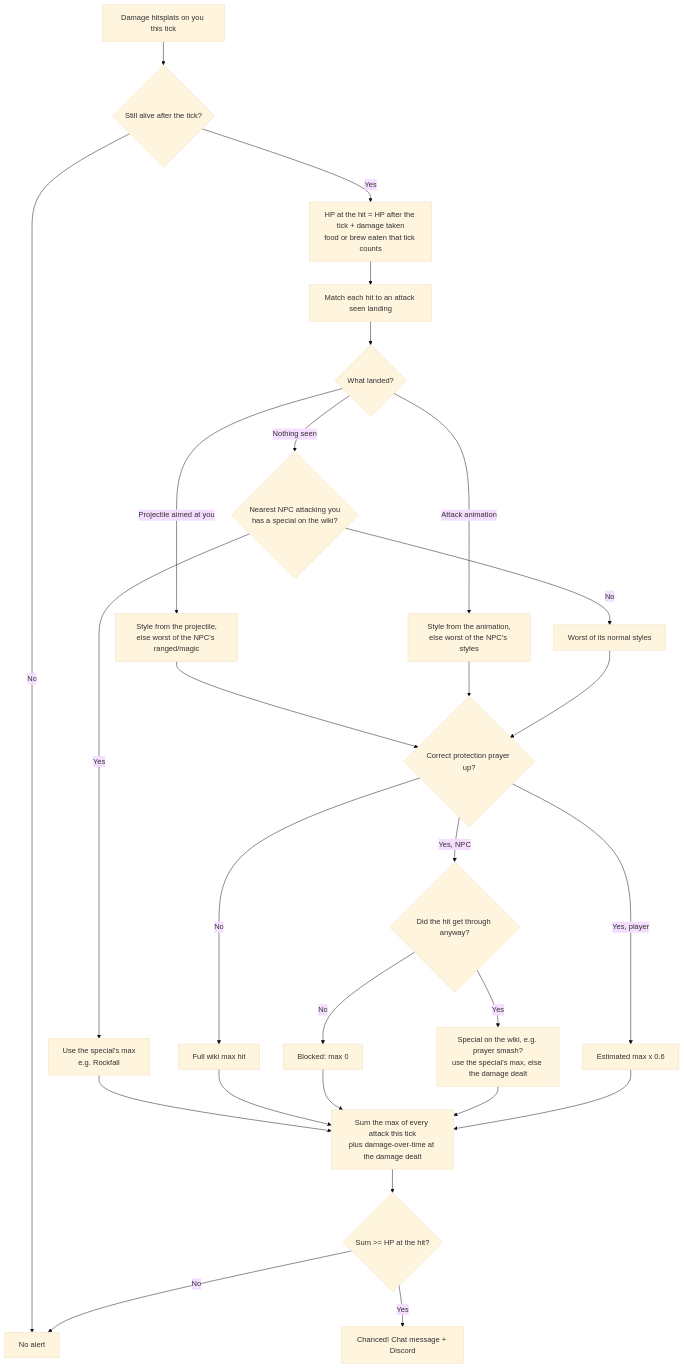
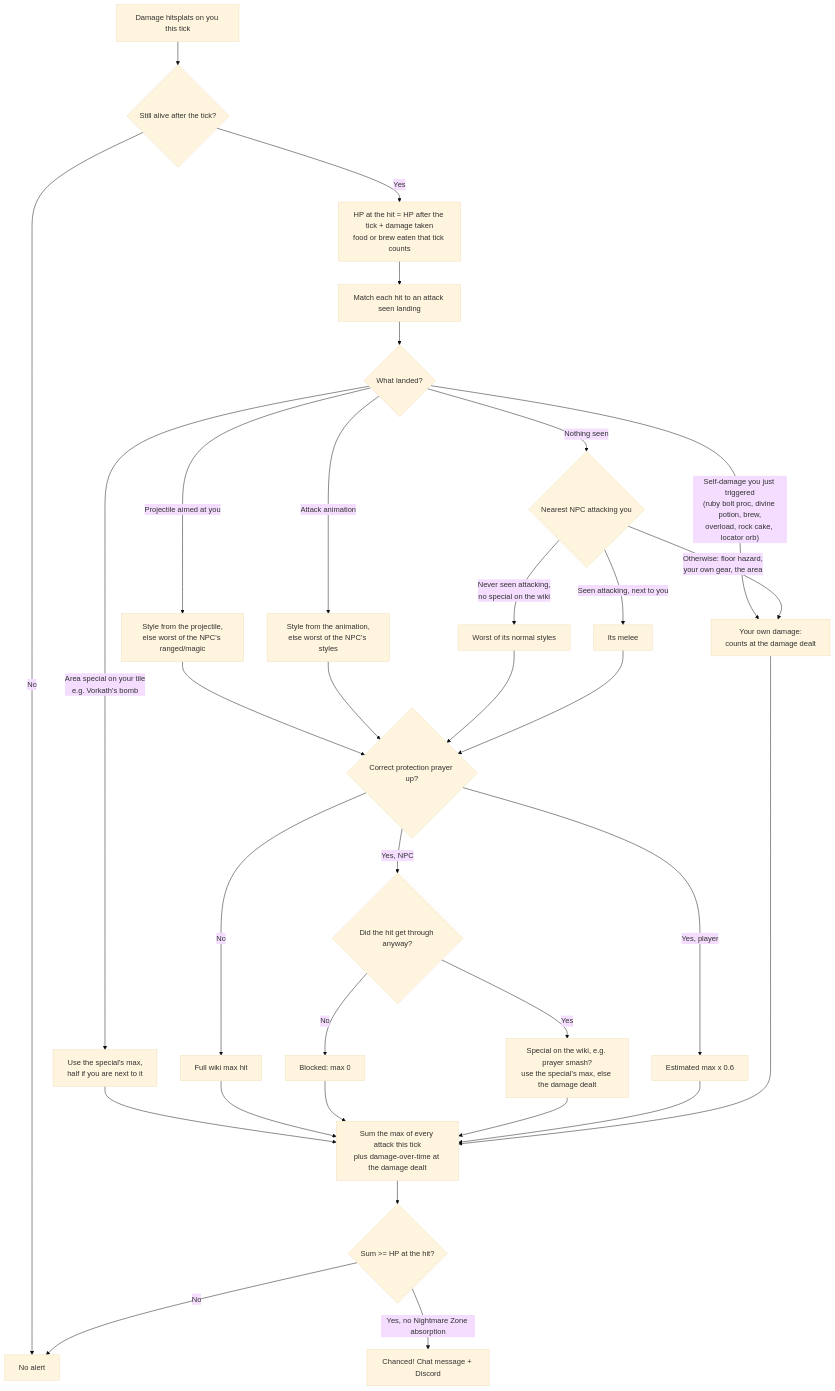
Before and after one commit to crejaud/runelite-chanced: the diagram in README.md, drawn with Mermaid (base theme). The commit also changed other lines of this file and 15 other files, not shown here.

First line of the commit message:
Stop blaming floor hazards and self-damage on boss specials

````diff
--- a/README.md
+++ b/README.md
@@ -20,23 +20,26 @@
 ```mermaid
 flowchart TD
     A[Damage hitsplats on you this tick] --> B{Still alive after the tick?}
     B -- No --> X[No alert]
     B -- Yes --> C[HP at the hit = HP after the tick + damage taken<br/>food or brew eaten that tick counts]
     C --> D[Match each hit to an attack seen landing]
     D --> E{What landed?}
     E -- Projectile aimed at you --> F[Style from the projectile,<br/>else worst of the NPC's ranged/magic]
     E -- Attack animation --> G[Style from the animation,<br/>else worst of the NPC's styles]
-    E -- Nothing seen --> H{Nearest NPC attacking you<br/>has a special on the wiki?}
-    H -- Yes --> I[Use the special's max<br/>e.g. Rockfall]
-    H -- No --> J[Worst of its normal styles]
-    F & G & J --> L{Correct protection prayer up?}
+    E -- "Area special on your tile<br/>e.g. Vorkath's bomb" --> I[Use the special's max,<br/>half if you are next to it]
+    E -- "Self-damage you just triggered<br/>(ruby bolt proc, divine potion, brew,<br/>overload, rock cake, locator orb)" --> Y[Your own damage:<br/>counts at the damage dealt]
+    E -- Nothing seen --> H{Nearest NPC attacking you}
+    H -- "Seen attacking, next to you" --> K[Its melee]
+    H -- "Never seen attacking,<br/>no special on the wiki" --> J[Worst of its normal styles]
+    H -- "Otherwise: floor hazard,<br/>your own gear, the area" --> Y
+    F & G & J & K --> L{Correct protection prayer up?}
     L -- "No" --> M[Full wiki max hit]
     L -- "Yes, NPC" --> N{Did the hit get through anyway?}
     N -- No --> O[Blocked: max 0]
     N -- Yes --> P[Special on the wiki, e.g. prayer smash?<br/>use the special's max, else the damage dealt]
     L -- "Yes, player" --> Q[Estimated max x 0.6]
-    I & M & O & P & Q --> R[Sum the max of every attack this tick<br/>plus damage-over-time at the damage dealt]
+    I & M & O & P & Q & Y --> R[Sum the max of every attack this tick<br/>plus damage-over-time at the damage dealt]
     R --> S{Sum >= HP at the hit?}
-    S -- Yes --> T[Chanced! Chat message + Discord]
+    S -- "Yes, no Nightmare Zone absorption" --> T[Chanced! Chat message + Discord]
     S -- No --> X
 ```
````
